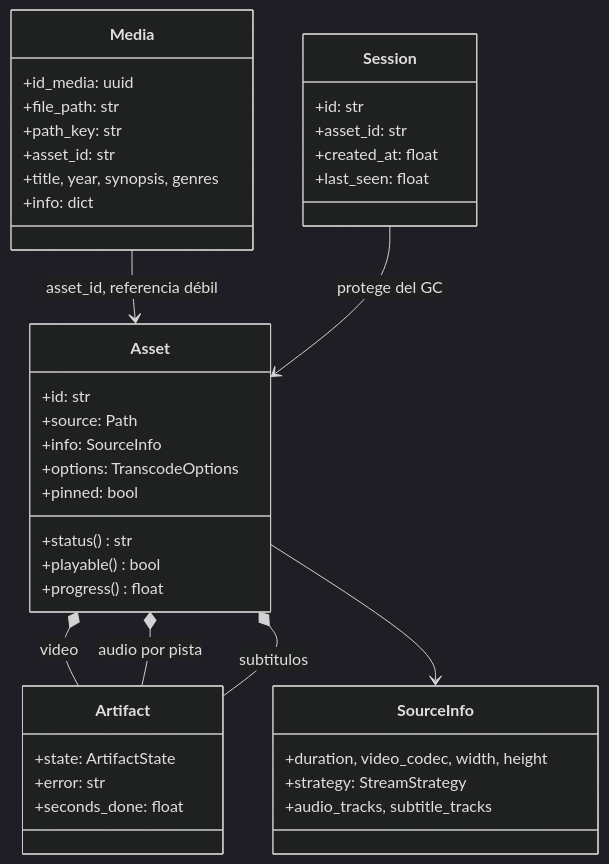
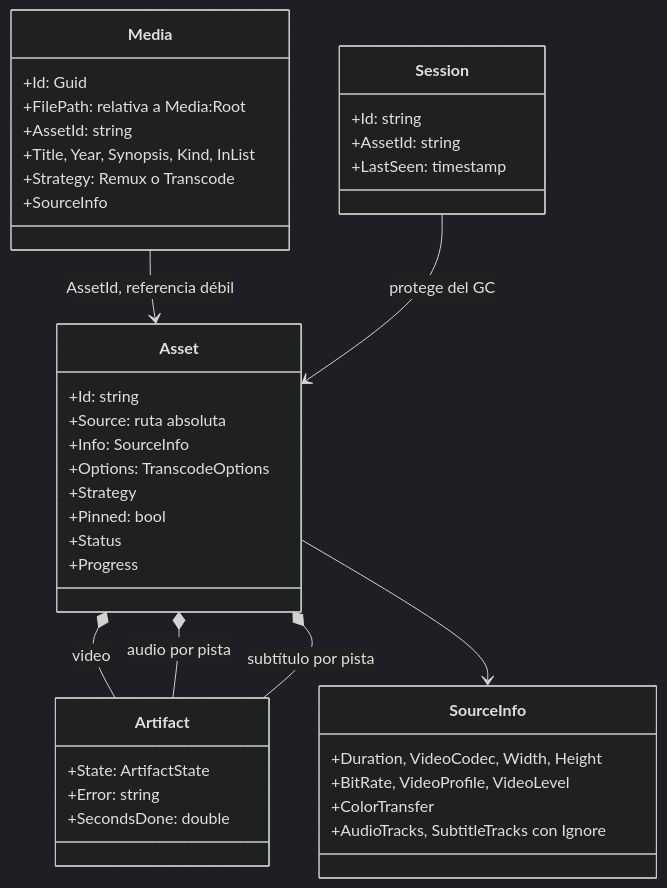
Before and after one commit to Juan045/home-stream-app: the fourth of 15 diagrams in system_arquitecture.md, drawn with Mermaid (dark theme). The commit also changed other lines of this file and 8 other files, not shown here.

````diff
--- a/system_arquitecture.md
+++ b/system_arquitecture.md
@@ -183,44 +215,44 @@
 ```mermaid
 classDiagram
     class Media {
-        +id_media: uuid
-        +file_path: str
-        +path_key: str
-        +asset_id: str
-        +title, year, synopsis, genres
-        +info: dict
+        +Id: Guid
+        +FilePath: relativa a Media:Root
+        +AssetId: string
+        +Title, Year, Synopsis, Kind, InList
+        +Strategy: Remux o Transcode
+        +SourceInfo
     }
     class Asset {
-        +id: str
-        +source: Path
-        +info: SourceInfo
-        +options: TranscodeOptions
-        +pinned: bool
-        +status() str
-        +playable() bool
-        +progress() float
+        +Id: string
+        +Source: ruta absoluta
+        +Info: SourceInfo
+        +Options: TranscodeOptions
+        +Strategy
+        +Pinned: bool
+        +Status
+        +Progress
     }
     class Artifact {
-        +state: ArtifactState
-        +error: str
-        +seconds_done: float
+        +State: ArtifactState
+        +Error: string
+        +SecondsDone: double
     }
     class Session {
-        +id: str
-        +asset_id: str
-        +created_at: float
-        +last_seen: float
+        +Id: string
+        +AssetId: string
+        +LastSeen: timestamp
     }
     class SourceInfo {
-        +duration, video_codec, width, height
-        +strategy: StreamStrategy
-        +audio_tracks, subtitle_tracks
+        +Duration, VideoCodec, Width, Height
+        +BitRate, VideoProfile, VideoLevel
+        +ColorTransfer
+        +AudioTracks, SubtitleTracks con Ignore
     }
 
-    Media --> Asset : asset_id, referencia débil
+    Media --> Asset : AssetId, referencia débil
     Asset *-- Artifact : video
     Asset *-- Artifact : audio por pista
-    Asset *-- Artifact : subtitulos
+    Asset *-- Artifact : subtítulo por pista
     Asset --> SourceInfo
     Session --> Asset : protege del GC
 ```
````
